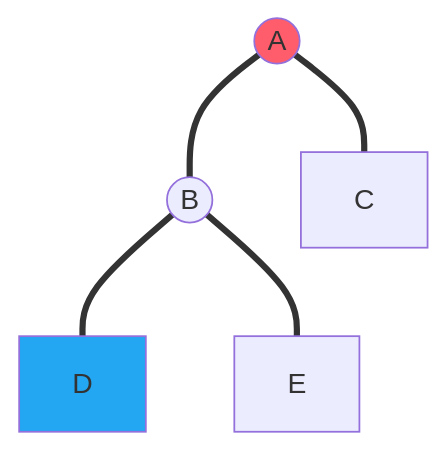
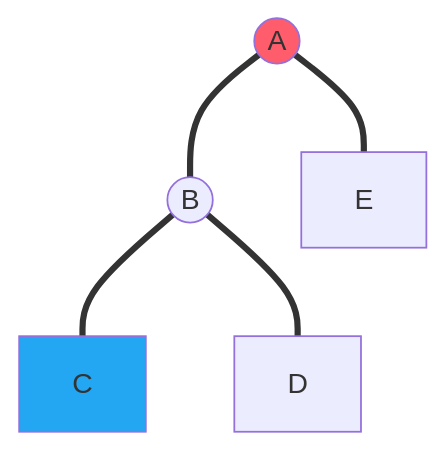
The sixth of 25 diagrams in docs/zju/compulsory_courses/ADS/ch1.md (WintermelonC/WintermelonC_Docs), drawn with Mermaid before and after one commit. The commit also changed other lines of this file and 11 other files, not shown here.

````diff
--- a/docs/zju/compulsory_courses/ADS/ch1.md
+++ b/docs/zju/compulsory_courses/ADS/ch1.md
@@ -121,14 +121,14 @@
 ```mermaid
 graph TD;
 A((A))
 B((B))
 C[C]
 D[D]
 E[E]
 A === B
-A === C
+A === E
+B === C
 B === D
-B === E
 style A fill: #ff5c6c
-style D fill: #23a7f2
+style C fill: #23a7f2
 ```
````
